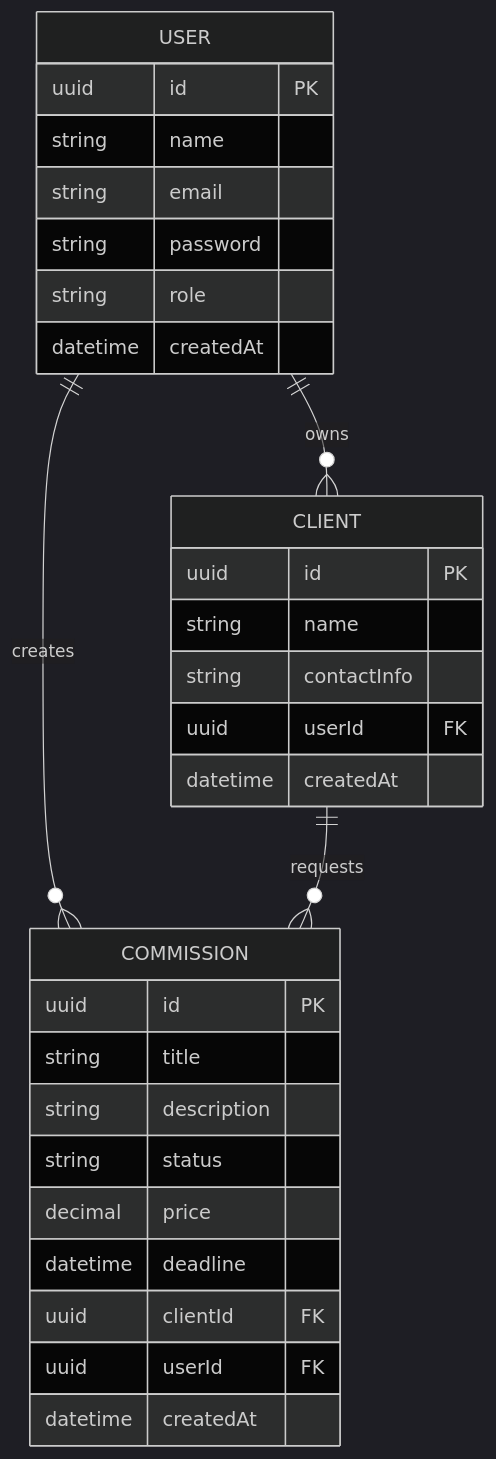
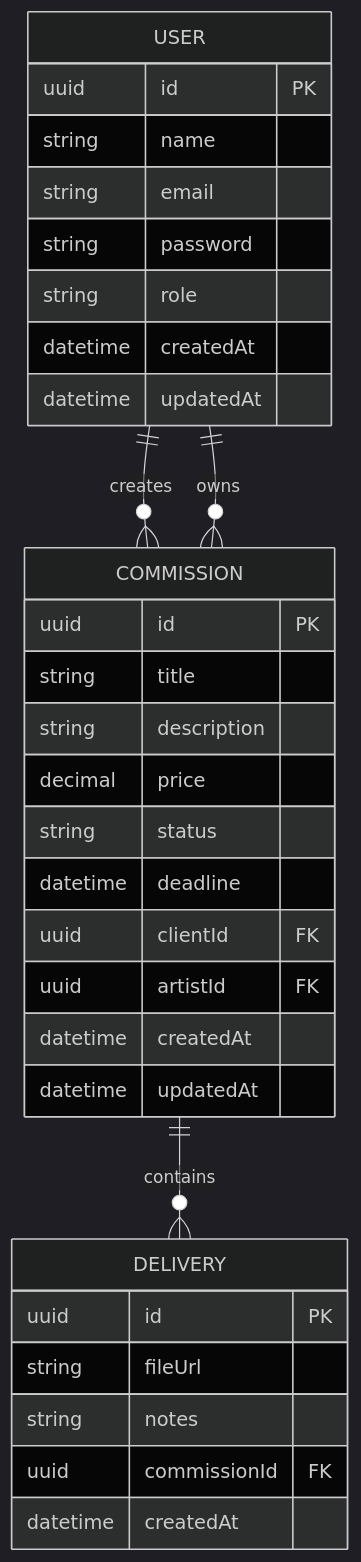
One commit to diogooabreu/commission-track changed the diagram in docs/sdd.md. Above: the diagram before and after it, drawn with Mermaid (dark theme). The commit also changed other lines of this file and 3 other files, not shown here.

````diff
--- a/docs/sdd.md
+++ b/docs/sdd.md
@@ -47,36 +7,38 @@
 ```mermaid
 erDiagram
-
-    USER ||--o{ CLIENT : owns
-    USER ||--o{ COMMISSION : creates
-    CLIENT ||--o{ COMMISSION : requests
 
     USER {
         uuid id PK
         string name
         string email
         string password
         string role
         datetime createdAt
-    }
-
-    CLIENT {
-        uuid id PK
-        string name
-        string contactInfo
-        uuid userId FK
-        datetime createdAt
+        datetime updatedAt
     }
 
     COMMISSION {
         uuid id PK
         string title
         string description
+        decimal price
         string status
-        decimal price
         datetime deadline
         uuid clientId FK
-        uuid userId FK
+        uuid artistId FK
+        datetime createdAt
+        datetime updatedAt
+    }
+
+    DELIVERY {
+        uuid id PK
+        string fileUrl
+        string notes
+        uuid commissionId FK
         datetime createdAt
     }
+
+    USER ||--o{ COMMISSION : creates
+    USER ||--o{ COMMISSION : owns
+    COMMISSION ||--o{ DELIVERY : contains
 ```
````
